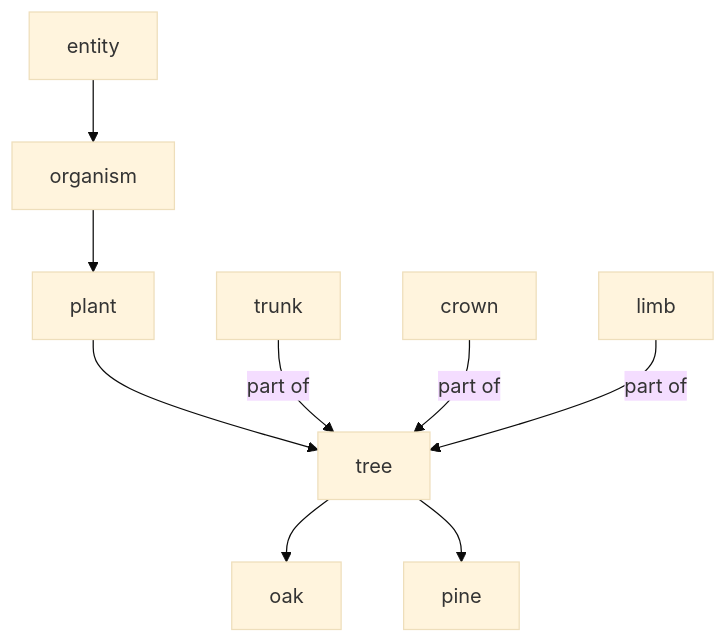
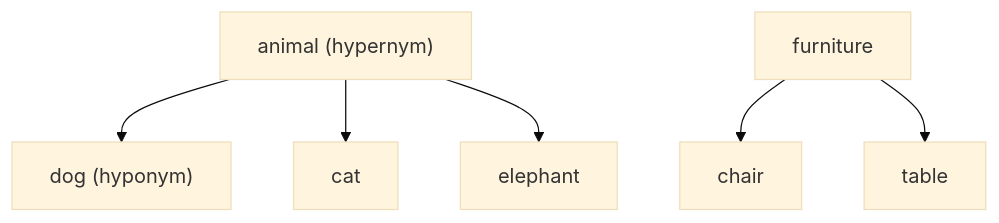
Before and after one commit to TrendySloth1001/sem-seven-notes: the fourth of 6 diagrams in content/natural-language-processing/notes/lexical-semantics.mdx, drawn with Mermaid (base theme). The commit also changed other lines of this file and 406 other files, not shown here.

````diff
--- a/content/natural-language-processing/notes/lexical-semantics.mdx
+++ b/content/natural-language-processing/notes/lexical-semantics.mdx
@@ -211,12 +98,9 @@
 ```mermaid
-%% caption: The two vertical relations on one picture. Going up the left side is hypernymy (more general); going down is hyponymy (more specific). The right side is meronymy, parts of a tree.
+%% caption: Hypernym and hyponym on the class examples. Arrows point from the general word to the specific word.
 flowchart TD
-  E["entity"] --> O["organism"]
-  O --> P["plant"]
-  P --> T["tree"]
-  T --> OAK["oak"]
-  T --> PINE["pine"]
-  TR["trunk"] -->|"part of"| T
-  CR["crown"] -->|"part of"| T
-  LI["limb"] -->|"part of"| T
+  A["animal (hypernym)"] --> B["dog (hyponym)"]
+  A --> C["cat"]
+  A --> D["elephant"]
+  E["furniture"] --> F["chair"]
+  E --> G["table"]
 ```
````
